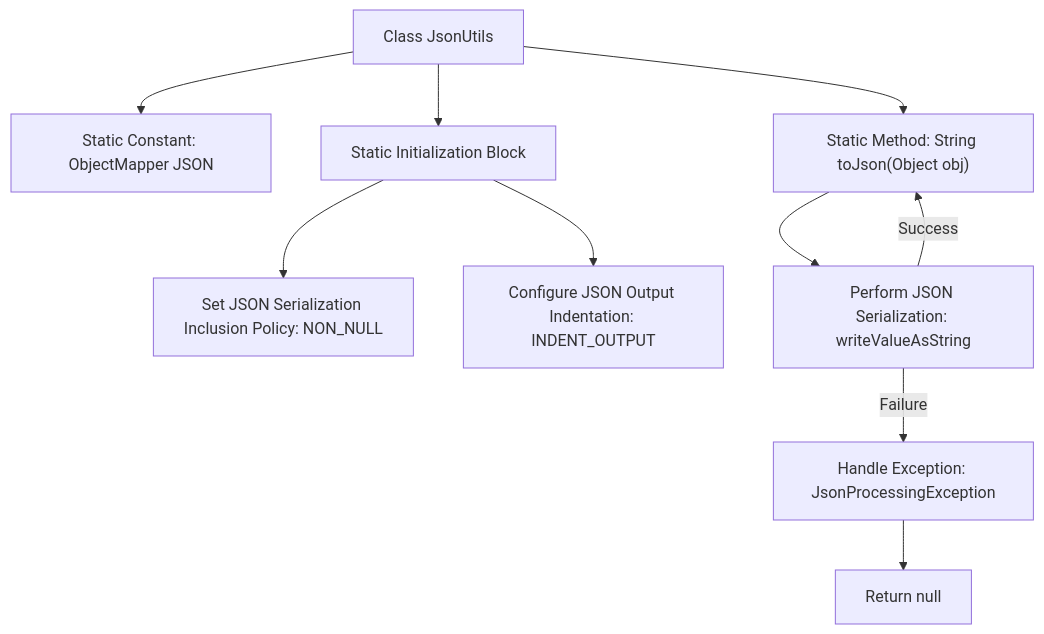
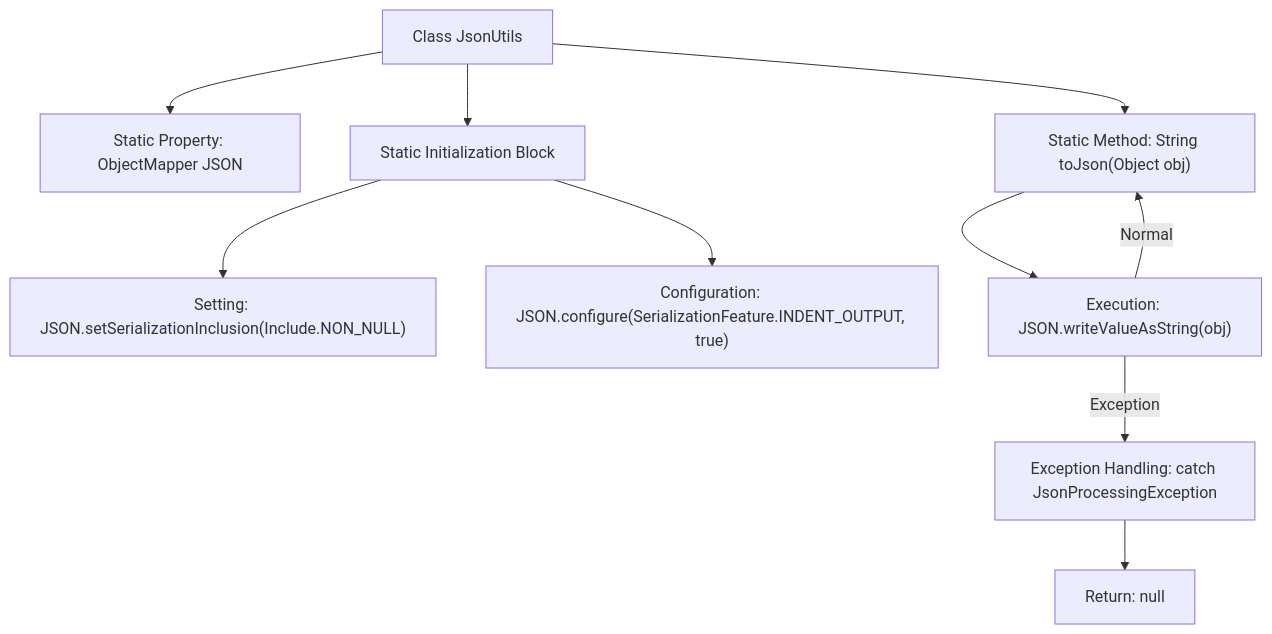
One commit to v-wjrong/rongwj666_weixin-java-miniapp-demo changed the second of 2 diagrams in docs/en/docs/src/main/java/com/github/binarywang/demo/wx/miniapp/utils/JsonUtils.md. Above: the diagram before and after it, drawn with Mermaid. The commit also changed other lines of this file and 46 other files, not shown here.

````diff
--- a/docs/en/docs/src/main/java/com/github/binarywang/demo/wx/miniapp/utils/JsonUtils.md
+++ b/docs/en/docs/src/main/java/com/github/binarywang/demo/wx/miniapp/utils/JsonUtils.md
@@ -71,22 +58,22 @@
 ```mermaid
 graph TD
     A["Class JsonUtils"]
-    B["Static Constant: ObjectMapper JSON"]
+    B["Static Property: ObjectMapper JSON"]
     C["Static Initialization Block"]
-    D["Set JSON Serialization Inclusion Policy: NON_NULL"]
-    E["Configure JSON Output Indentation: INDENT_OUTPUT"]
+    D["Setting: JSON.setSerializationInclusion(Include.NON_NULL)"]
+    E["Configuration: JSON.configure(SerializationFeature.INDENT_OUTPUT, true)"]
     F["Static Method: String toJson(Object obj)"]
-    G["Perform JSON Serialization: writeValueAsString"]
-    H["Handle Exception: JsonProcessingException"]
-    I["Return null"]
+    G["Execution: JSON.writeValueAsString(obj)"]
+    H["Exception Handling: catch JsonProcessingException"]
+    I["Return: null"]
 
     A --> B
     A --> C
     C --> D
     C --> E
     A --> F
     F --> G
-    G -->|Success| F
-    G -->|Failure| H
+    G -->|Exception| H
+    G -->|Normal| F
     H --> I
 ```
````
